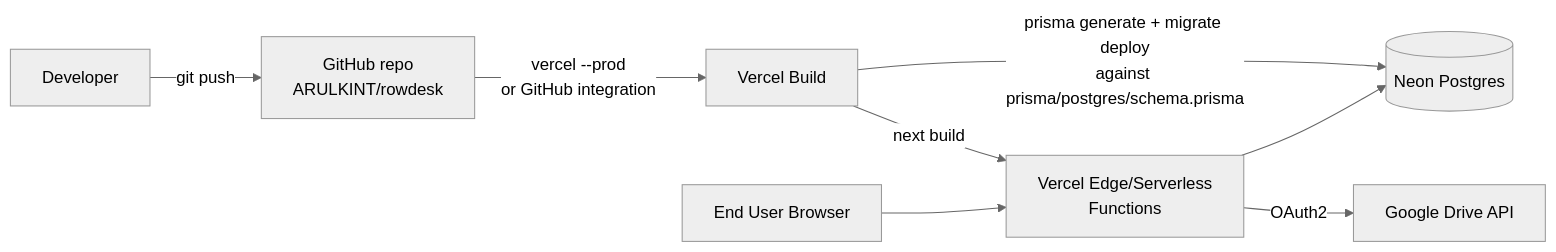
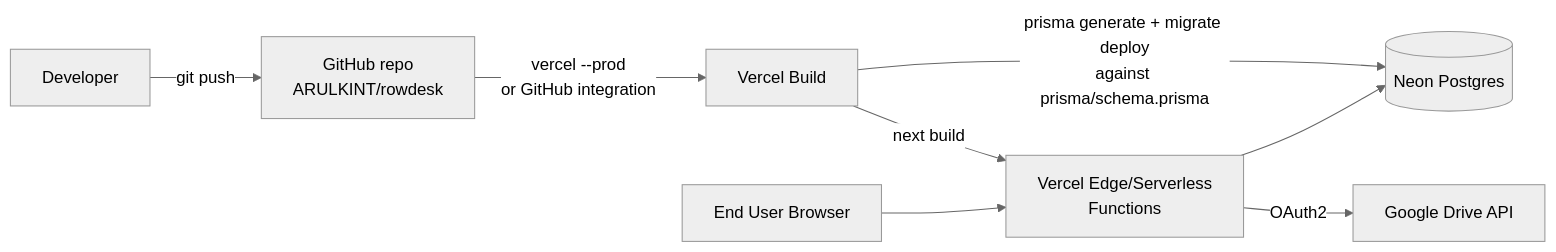
One commit to ARULKINT/rowdesk changed the seventh of 7 diagrams in docs/03-system-architecture.md. Above: the diagram before and after it, drawn with Mermaid (neutral theme). The commit also changed other lines of this file and 28 other files, not shown here.

````diff
--- a/docs/03-system-architecture.md
+++ b/docs/03-system-architecture.md
@@ -191,10 +191,10 @@
 ```mermaid
 graph LR
     Dev[Developer] -->|git push| GitHub[GitHub repo<br/>ARULKINT/rowdesk]
     GitHub -->|vercel --prod<br/>or GitHub integration| Vercel[Vercel Build]
-    Vercel -->|prisma generate + migrate deploy<br/>against prisma/postgres/schema.prisma| Neon[(Neon Postgres)]
+    Vercel -->|prisma generate + migrate deploy<br/>against prisma/schema.prisma| Neon[(Neon Postgres)]
     Vercel -->|next build| Edge[Vercel Edge/Serverless<br/>Functions]
     Edge --> Neon
     Edge -->|OAuth2| GoogleAPI[Google Drive API]
     User[End User Browser] --> Edge
 ```
````
